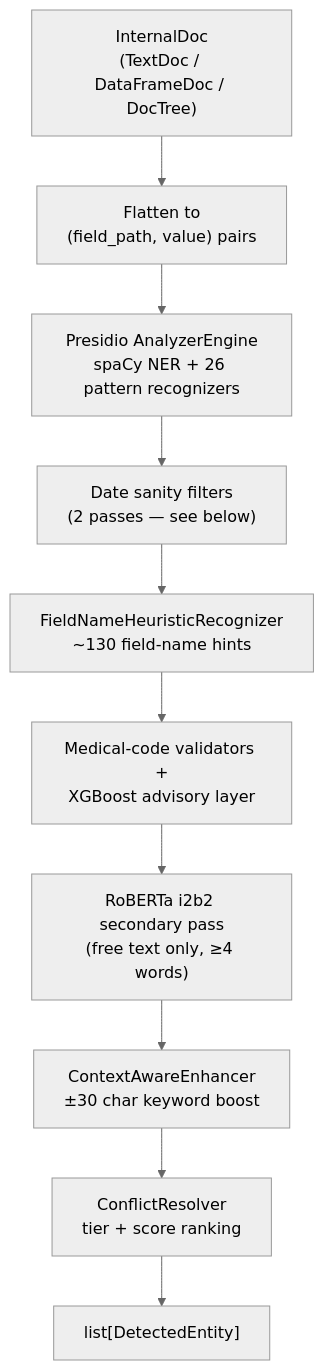
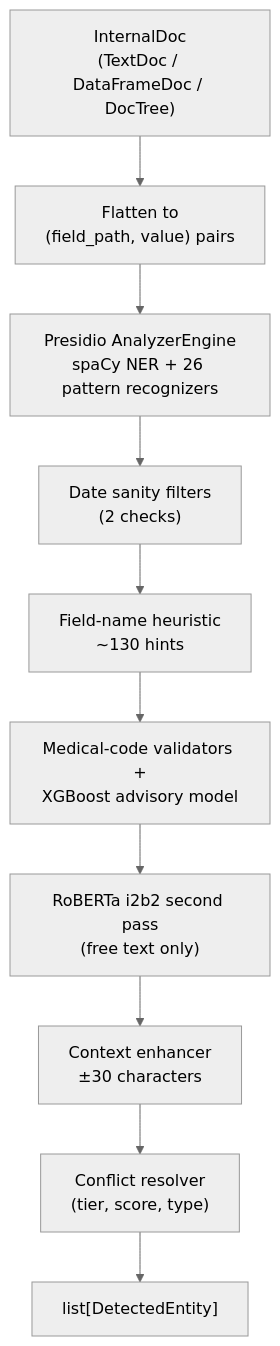
One commit to DataShield-sp18/data-shield-docs changed the first of 2 diagrams in docs/engineering/detection-pipeline.md. Above: the diagram before and after it, drawn with Mermaid (neutral theme). The commit also changed other lines of this file and 7 other files, not shown here.

````diff
--- a/docs/engineering/detection-pipeline.md
+++ b/docs/engineering/detection-pipeline.md
@@ -11,12 +7,12 @@
 ```mermaid
 flowchart TD
     A["InternalDoc<br/>(TextDoc / DataFrameDoc / DocTree)"] --> B["Flatten to<br/>(field_path, value) pairs"]
     B --> C["Presidio AnalyzerEngine<br/>spaCy NER + 26 pattern recognizers"]
-    C --> D["Date sanity filters<br/>(2 passes — see below)"]
-    D --> E["FieldNameHeuristicRecognizer<br/>~130 field-name hints"]
-    E --> F["Medical-code validators +<br/>XGBoost advisory layer"]
-    F --> G["RoBERTa i2b2 secondary pass<br/>(free text only, ≥4 words)"]
-    G --> H["ContextAwareEnhancer<br/>±30 char keyword boost"]
-    H --> I["ConflictResolver<br/>tier + score ranking"]
+    C --> D["Date sanity filters<br/>(2 checks)"]
+    D --> E["Field-name heuristic<br/>~130 hints"]
+    E --> F["Medical-code validators +<br/>XGBoost advisory model"]
+    F --> G["RoBERTa i2b2 second pass<br/>(free text only)"]
+    G --> H["Context enhancer<br/>±30 characters"]
+    H --> I["Conflict resolver<br/>(tier, score, type)"]
     I --> J["list[DetectedEntity]"]
 ```
````
